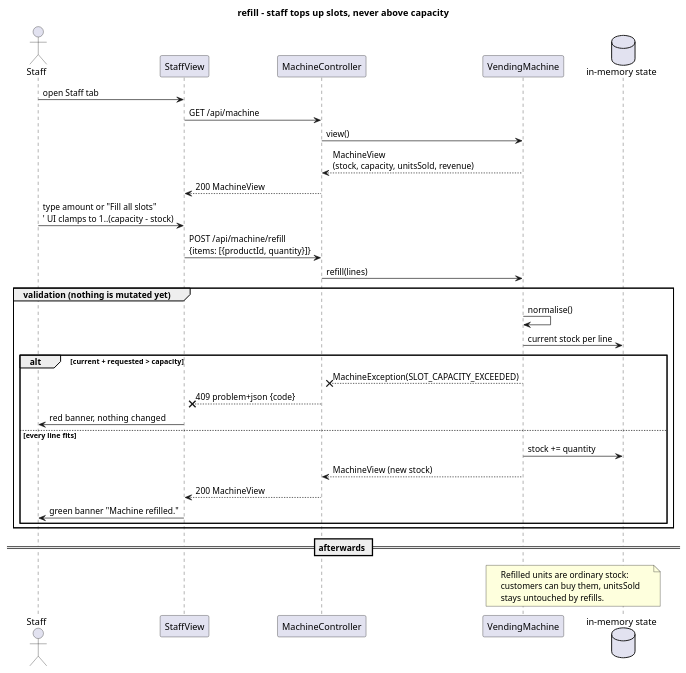
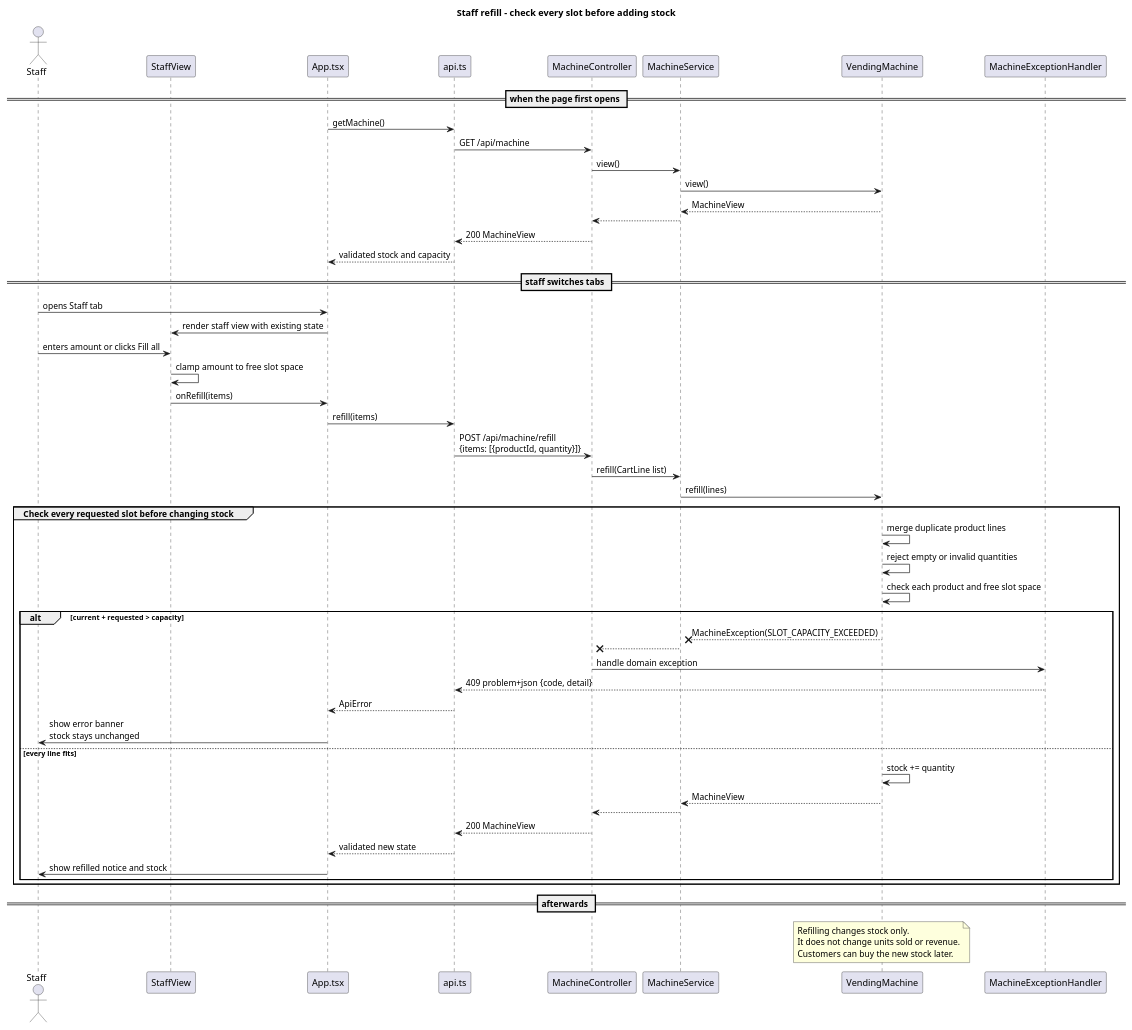
The diagram in docs/sequence-refill.puml (mstaszew-dev/vending-machine), drawn with PlantUML before and after one commit. The commit also changed 21 other files, not shown here.

Commit message:
test+docs: expand test coverage, add PlantUML diagrams and CI coverage step

```diff
--- a/docs/sequence-refill.puml
+++ b/docs/sequence-refill.puml
@@ -1,42 +1,62 @@
 @startuml sequence-refill
-title refill - staff tops up slots, never above capacity
+title Staff refill - check every slot before adding stock
 
 actor "Staff" as staff
-participant "StaffView" as ui
-participant "MachineController" as ctrl
-participant "VendingMachine" as vm
-database "in-memory state" as state
+participant "StaffView" as view
+participant "App.tsx" as app
+participant "api.ts" as api
+participant "MachineController" as controller
+participant "MachineService" as service
+participant "VendingMachine" as machine
+participant "MachineExceptionHandler" as errors
 
-staff -> ui : open Staff tab
-ui -> ctrl : GET /api/machine
-ctrl -> vm : view()
-vm --> ctrl : MachineView\n(stock, capacity, unitsSold, revenue)
-ctrl --> ui : 200 MachineView
+== when the page first opens ==
+app -> api : getMachine()
+api -> controller : GET /api/machine
+controller -> service : view()
+service -> machine : view()
+machine --> service : MachineView
+service --> controller
+controller --> api : 200 MachineView
+api --> app : validated stock and capacity
 
-staff -> ui : type amount or "Fill all slots"\n' UI clamps to 1..(capacity - stock)
-ui -> ctrl : POST /api/machine/refill\n{items: [{productId, quantity}]}
+== staff switches tabs ==
+staff -> app : opens Staff tab
+app -> view : render staff view with existing state
 
-ctrl -> vm : refill(lines)
+staff -> view : enters amount or clicks Fill all
+view -> view : clamp amount to free slot space
+view -> app : onRefill(items)
+app -> api : refill(items)
+api -> controller : POST /api/machine/refill\n{items: [{productId, quantity}]}
+controller -> service : refill(CartLine list)
+service -> machine : refill(lines)
 
-group validation (nothing is mutated yet)
-  vm -> vm : normalise()
-  vm -> state : current stock per line
+group Check every requested slot before changing stock
+  machine -> machine : merge duplicate product lines
+  machine -> machine : reject empty or invalid quantities
+  machine -> machine : check each product and free slot space
   alt current + requested > capacity
-    vm --x ctrl : MachineException(SLOT_CAPACITY_EXCEEDED)
-    ctrl --x ui : 409 problem+json {code}
-    ui -> staff : red banner, nothing changed
+    machine --x service : MachineException(SLOT_CAPACITY_EXCEEDED)
+    service --x controller
+    controller -> errors : handle domain exception
+    errors --> api : 409 problem+json {code, detail}
+    api --> app : ApiError
+    app -> staff : show error banner\nstock stays unchanged
   else every line fits
-    vm -> state : stock += quantity
-    vm --> ctrl : MachineView (new stock)
-    ctrl --> ui : 200 MachineView
-    ui -> staff : green banner "Machine refilled."
+    machine -> machine : stock += quantity
+    machine --> service : MachineView
+    service --> controller
+    controller --> api : 200 MachineView
+    api --> app : validated new state
+    app -> staff : show refilled notice and stock
   end
 end
 
 == afterwards ==
-note over vm, state
-  Refilled units are ordinary stock:
-  customers can buy them, unitsSold
-  stays untouched by refills.
+note over machine
+Refilling changes stock only.
+It does not change units sold or revenue.
+Customers can buy the new stock later.
 end note
 @enduml
```
